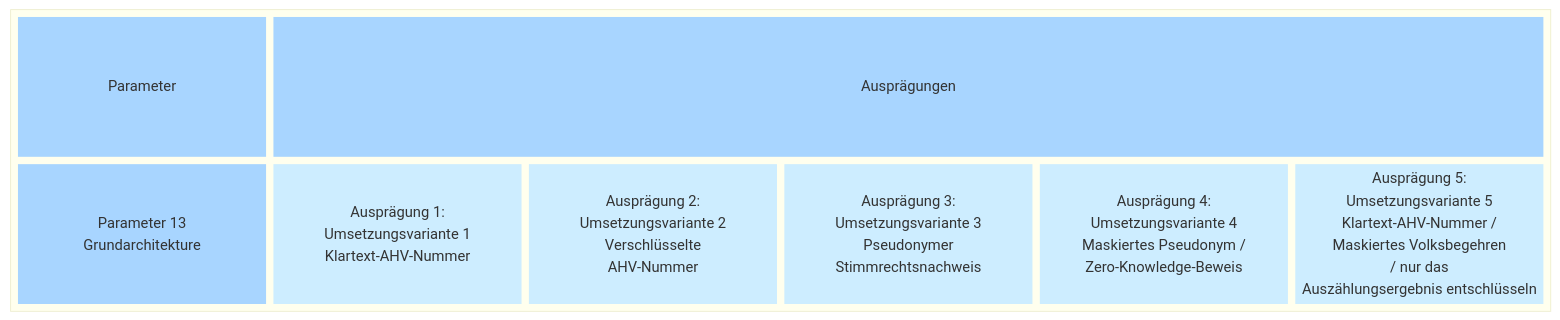
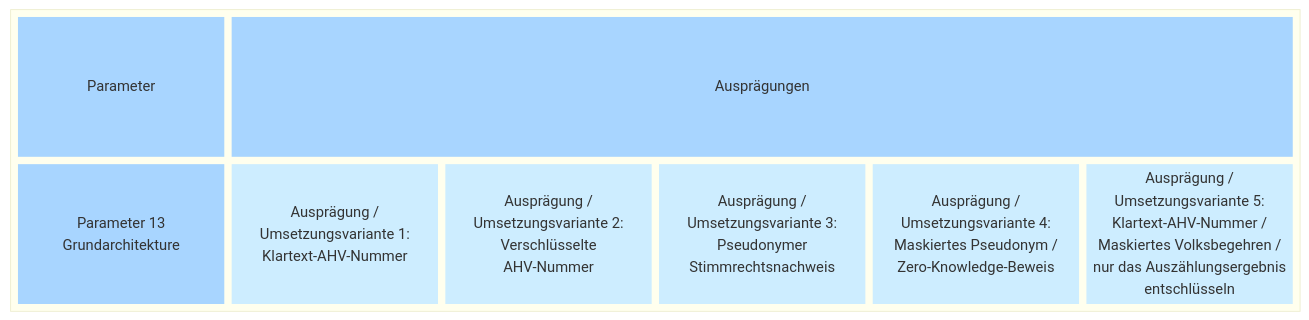
The second of 2 diagrams in docs/morphological-box/parameter-13.md (swiss/e-collecting), drawn with Mermaid before and after one commit. The commit also changed other lines of this file, not shown here.

Commit message:
docs: rewording of details in parameter-13.md

````diff
--- a/docs/morphological-box/parameter-13.md
+++ b/docs/morphological-box/parameter-13.md
@@ -74,39 +63,39 @@
 ```mermaid
 block
   block
     columns 6
     t1["Parameter"]
     t2["Ausprägungen"]:5
     d["Parameter 13
     Grundarchitekture"]
-    a1["Ausprägung 1:
-    Umsetzungsvariante 1
+    a1["Ausprägung /
+    Umsetzungsvariante 1:
     Klartext-AHV-Nummer"]
-    a2["Ausprägung 2:
-    Umsetzungsvariante 2
+    a2["Ausprägung /
+    Umsetzungsvariante 2:
     Verschlüsselte
     AHV-Nummer"]
-    a3["Ausprägung 3:
-    Umsetzungsvariante 3
+    a3["Ausprägung /
+    Umsetzungsvariante 3:
     Pseudonymer
     Stimmrechtsnachweis"]
-    a4["Ausprägung 4:
-    Umsetzungsvariante 4
+    a4["Ausprägung /
+    Umsetzungsvariante 4:
     Maskiertes Pseudonym /
     Zero-Knowledge-Beweis"]
-    a5["Ausprägung 5:
-    Umsetzungsvariante 5
+    a5["Ausprägung /
+    Umsetzungsvariante 5:
     Klartext-AHV-Nummer /
-    Maskiertes Volksbegehren
-     / nur das
-    Auszählungsergebnis entschlüsseln"]
+    Maskiertes Volksbegehren /
+    nur das Auszählungsergebnis
+    entschlüsseln"]
    style t1 fill:#a8d5ff,stroke-width:0px
     style t2 fill:#a8d5ff,stroke-width:0px
     style d fill:#a8d5ff,stroke-width:0px,text-valign:top
     style a1 fill:#cdedff,stroke-width:0px
     style a2 fill:#cdedff,stroke-width:0px
     style a3 fill:#cdedff,stroke-width:0px
     style a4 fill:#cdedff,stroke-width:0px
     style a5 fill:#cdedff,stroke-width:0px
   end
 ```
````
